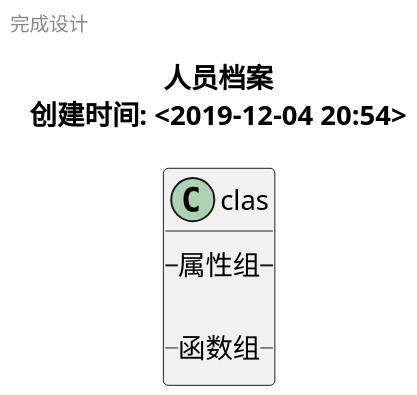
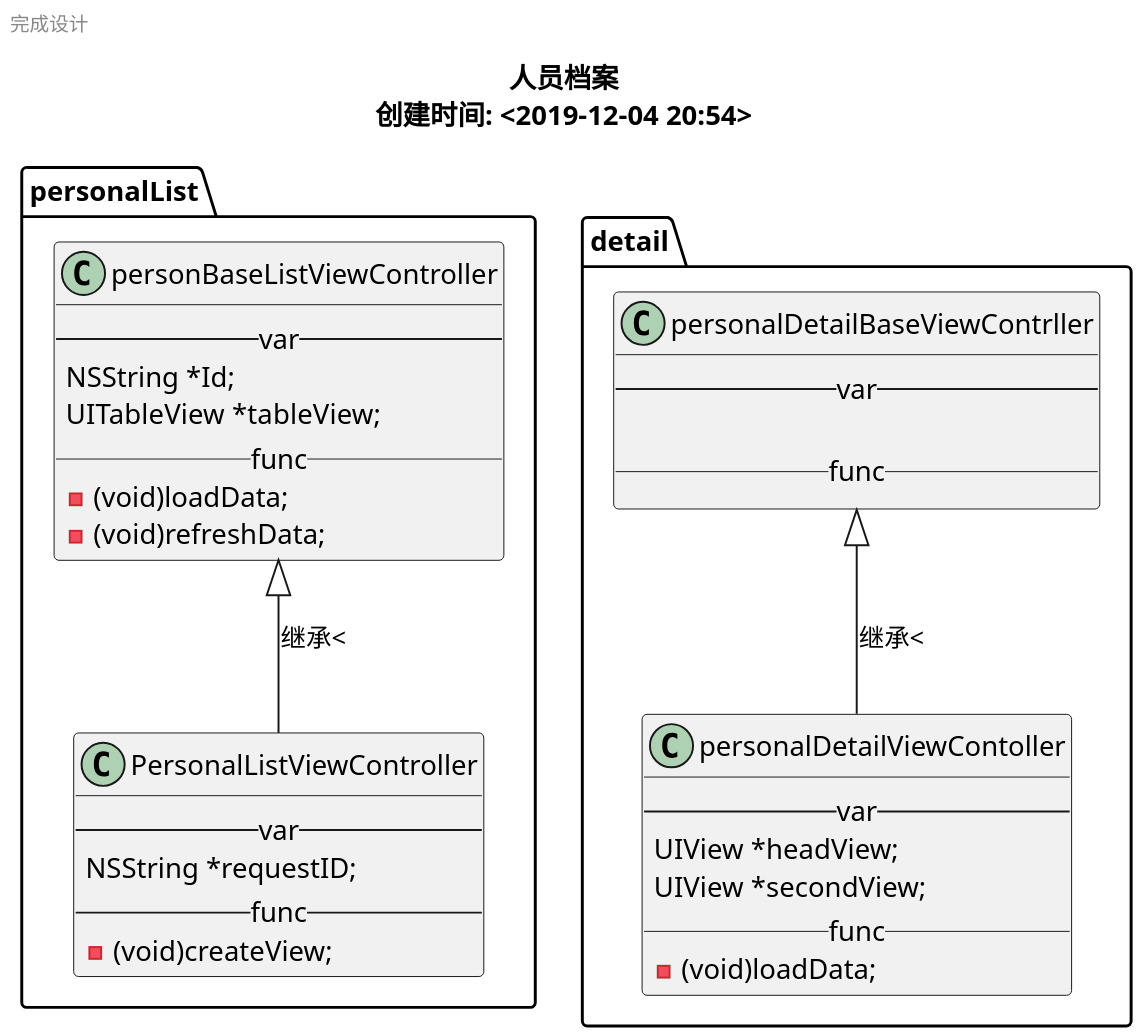
Before and after one commit to iT-Boyer/iDocs: the diagram in DtBox/dtbox.plantuml, drawn with PlantUML.

```diff
--- a/DtBox/dtbox.plantuml
+++ b/DtBox/dtbox.plantuml
@@ -1,16 +1,50 @@
 @startuml
 scale 2
 page 1x1
 title
     人员档案
     创建时间: <2019-12-04 20:54>
     endtitle
     left header
         完成设计
     endheader
-    class "clas" as 别名 {
-        --属性组 --
+    'package，node，folder，frame，cloud，database'
+    folder "personalList" as listpkg{
+        class "personBaseListViewController" as baselist {
+            --var --
+            NSString *Id;
+            UITableView *tableView;
+            __ func__
+            -(void)loadData;
+            -(void)refreshData;
+        }
+        class "PersonalListViewController" as personlist {
+            --var--
+            NSString *requestID;
+            --func--
+            -(void)createView;
+        }
+        baselist <|-- personlist:继承<
+    }
 
-        __ 函数组__
+
+    'package，node，folder，frame，cloud，database'
+    folder "detail" as detail{
+        class "personalDetailBaseViewContrller" as detailBase {
+            --var --
+
+            __func __
+        }
+        class "personalDetailViewContoller" as personaldetail {
+            --var --
+            UIView *headView;
+            UIView *secondView;
+            __ func__
+            -(void)loadData;
+        }
+
+        detailBase <|-- personaldetail:继承<
+       
     }
+
     @enduml
```
